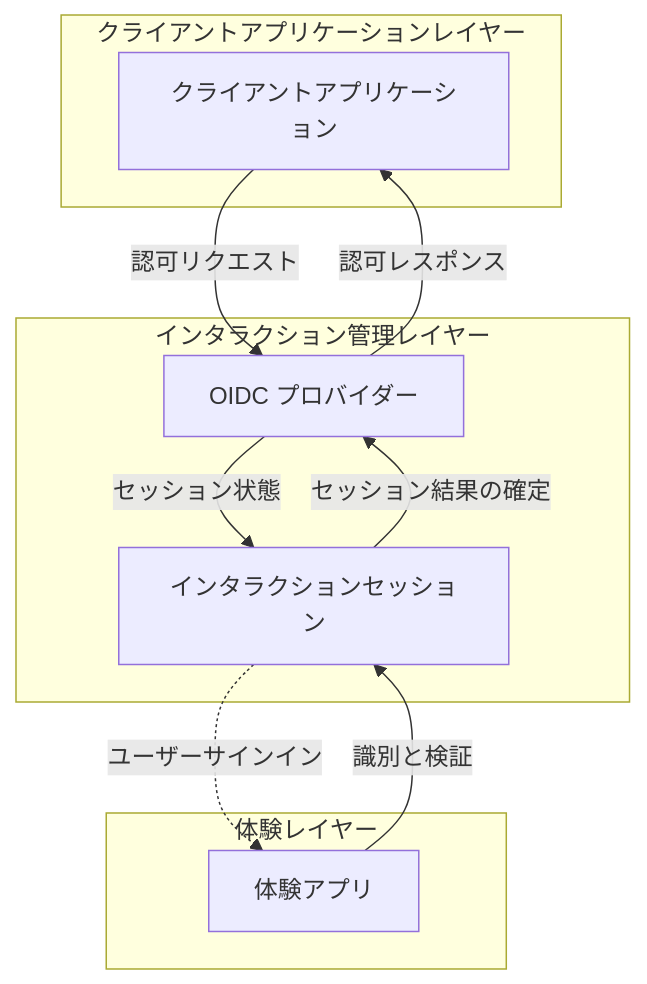
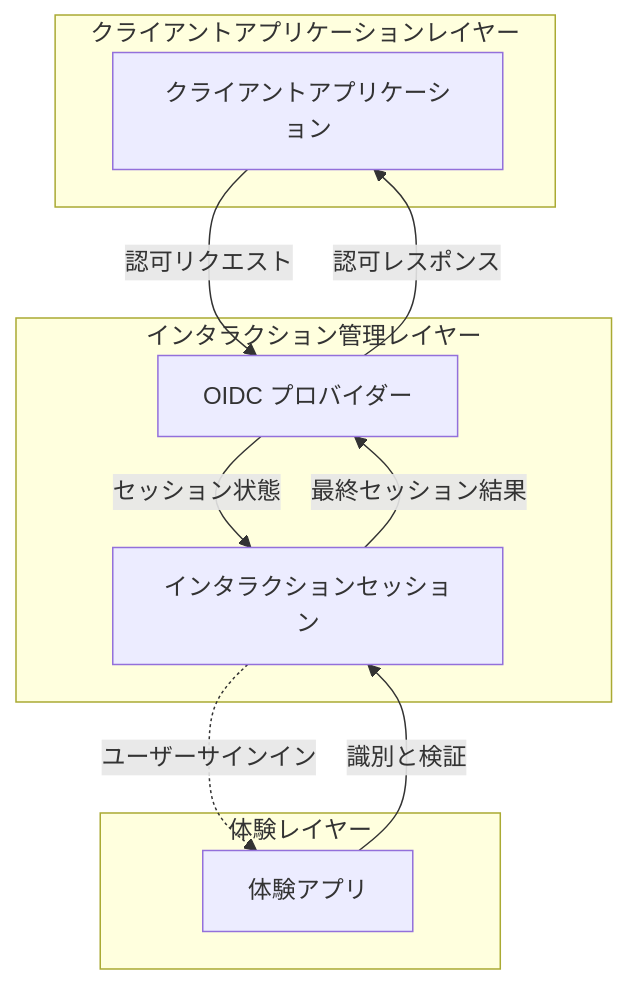
Before and after one commit to logto-io/docs: the second of 2 diagrams in i18n/ja/docusaurus-plugin-content-docs/current/end-user-flows/sign-up-and-sign-in/README.mdx, drawn with Mermaid. The commit also changed other lines of this file and 145 other files, not shown here.

````diff
--- a/i18n/ja/docusaurus-plugin-content-docs/current/end-user-flows/sign-up-and-sign-in/README.mdx
+++ b/i18n/ja/docusaurus-plugin-content-docs/current/end-user-flows/sign-up-and-sign-in/README.mdx
@@ -47,24 +47,24 @@
 ```mermaid
 flowchart TD
   %% レイヤー
   subgraph Layer1 [クライアントアプリケーションレイヤー]
       A[クライアントアプリケーション]
   end
 
   subgraph Layer2 [インタラクション管理レイヤー]
       B[OIDC プロバイダー]
       C[インタラクションセッション]
   end
 
   subgraph Layer3 [体験レイヤー]
       D[体験アプリ]
   end
 
   %% 接続
   A --> |認可リクエスト| B
   B --> |セッション状態| C
   C -.-> |ユーザーサインイン| D
   D --> |識別と検証| C
-  C --> |セッション結果の確定| B
+  C --> |最終セッション結果| B
   B --> |認可レスポンス| A
 ```
````
